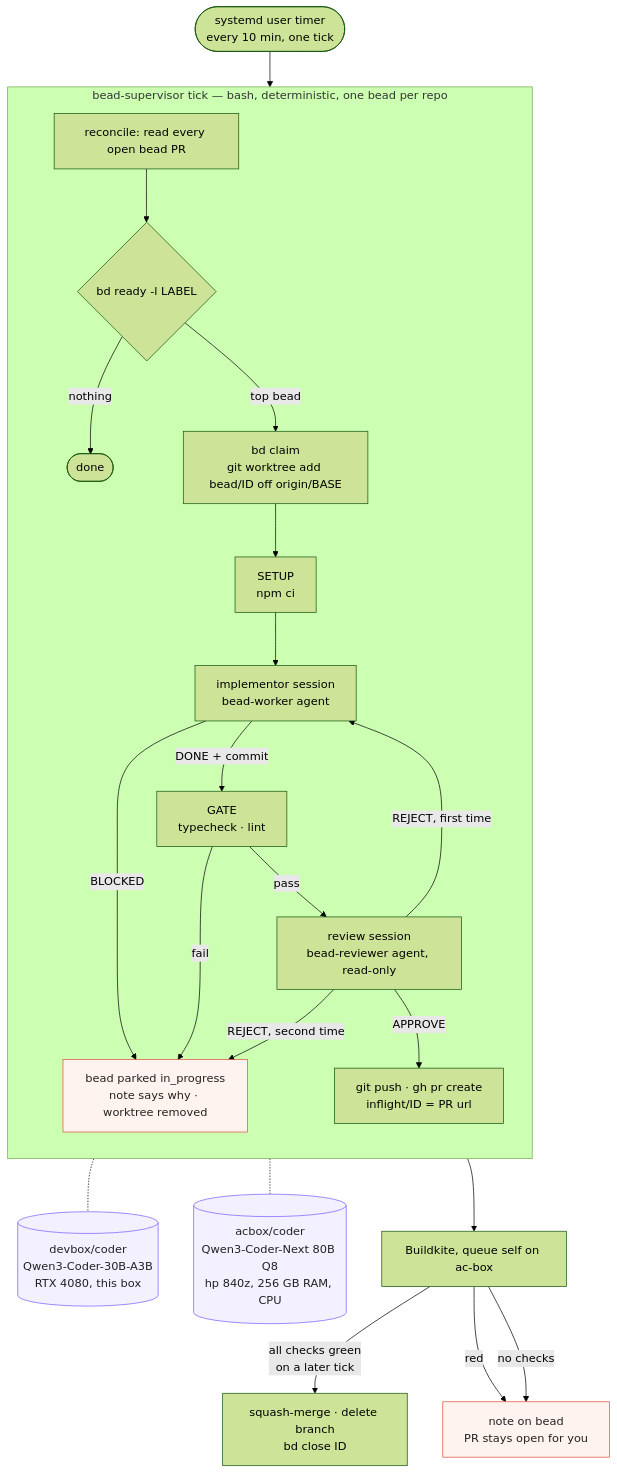
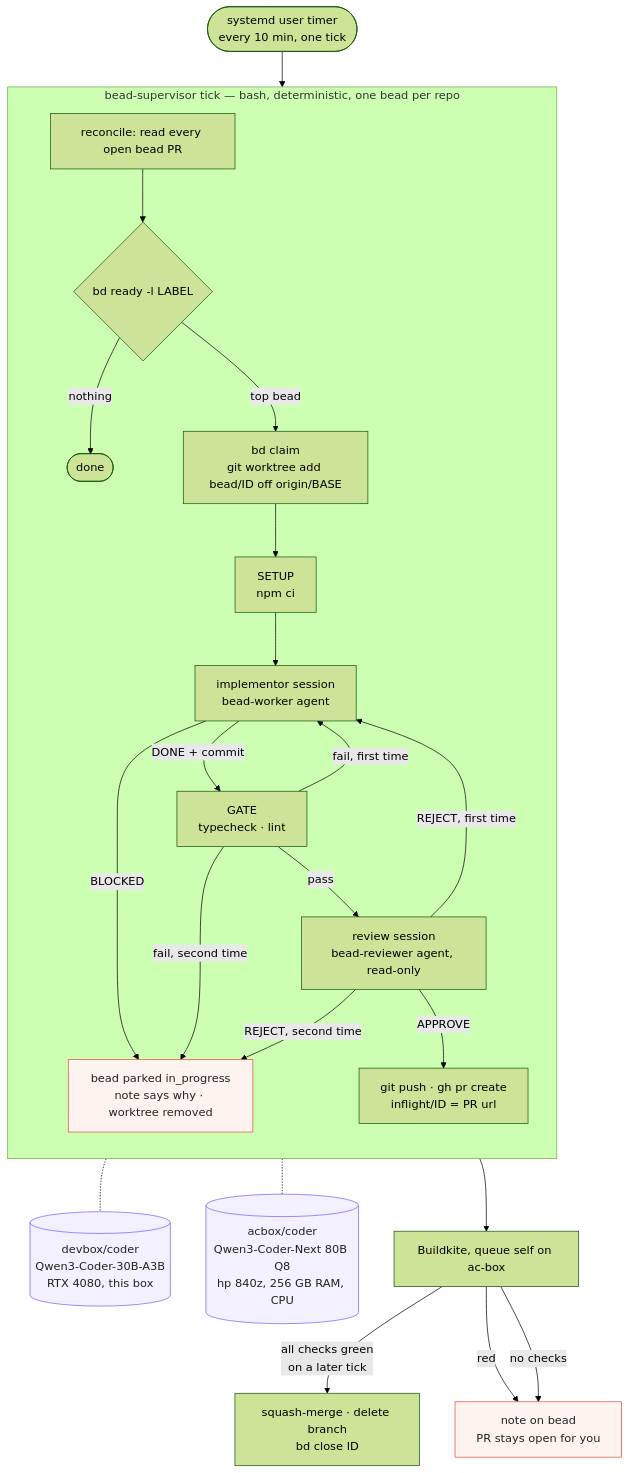
The diagram in docs/loop.mmd (imkarrer/bead-loop), drawn with Mermaid (forest theme) before and after one commit. The commit also changed 3 other files, not shown here.

```diff
--- a/docs/loop.mmd
+++ b/docs/loop.mmd
@@ -1,31 +1,32 @@
 flowchart TD
   T([systemd user timer<br/>every 10 min, one tick]) --> R
 
   subgraph tick [bead-supervisor tick — bash, deterministic, one bead per repo]
     direction TB
     R[reconcile: read every open bead PR] --> P{bd ready -l LABEL}
     P -- nothing --> Z([done])
     P -- top bead --> C[bd claim<br/>git worktree add bead/ID off origin/BASE]
     C --> U[SETUP<br/>npm ci]
     U --> W[implementor session<br/>bead-worker agent]
     W -- DONE + commit --> G[GATE<br/>typecheck · lint]
     W -- BLOCKED --> F
-    G -- fail --> F
+    G -- fail, first time --> W
+    G -- fail, second time --> F
     G -- pass --> V[review session<br/>bead-reviewer agent, read-only]
     V -- REJECT, first time --> W
     V -- REJECT, second time --> F[bead parked in_progress<br/>note says why · worktree removed]
     V -- APPROVE --> PR[git push · gh pr create<br/>inflight/ID = PR url]
   end
 
   W -.- GPU[(devbox/coder<br/>Qwen3-Coder-30B-A3B<br/>RTX 4080, this box)]
   V -.- CPU[(acbox/coder<br/>Qwen3-Coder-Next 80B Q8<br/>hp 840z, 256 GB RAM, CPU)]
 
   PR --> CI[Buildkite, queue self on ac-box]
   CI -- all checks green<br/>on a later tick --> M[squash-merge · delete branch<br/>bd close ID]
   CI -- red --> N[note on bead<br/>PR stays open for you]
   CI -- no checks --> N
 
   classDef model fill:#f3f0ff,stroke:#7c5cff,color:#222
   classDef stop fill:#fff3f0,stroke:#e0503c,color:#222
   class GPU,CPU model
   class F,N stop
```
